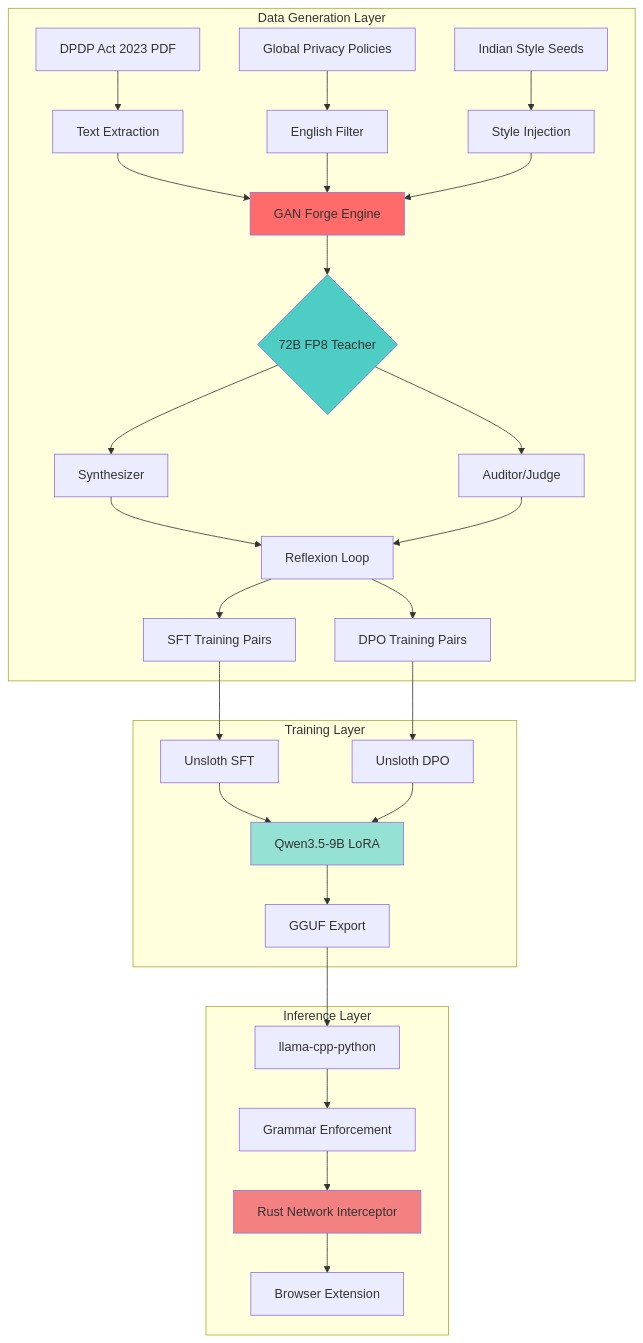
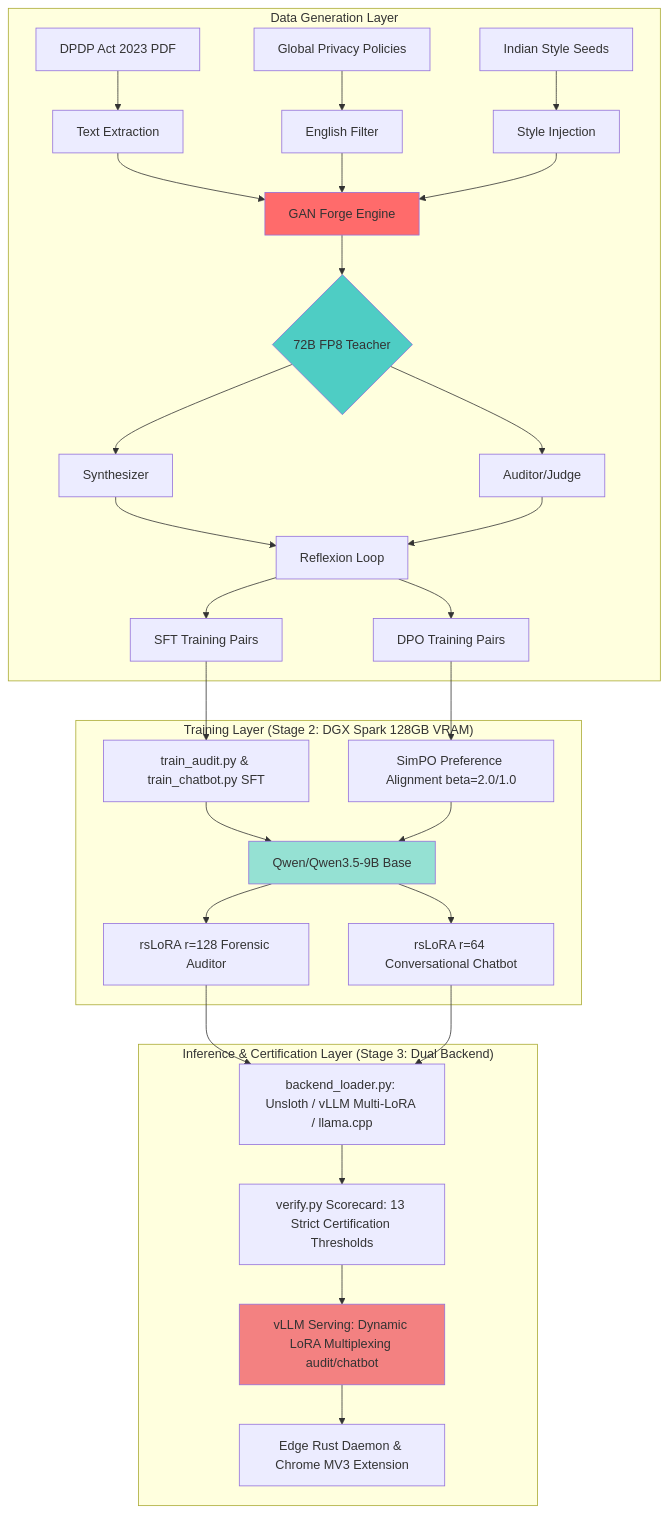
One commit to priyanshu-ogdev/Ssense changed the first of 2 diagrams in docs/ARCHITECTURE.md. Above: the diagram before and after it, drawn with Mermaid. The commit also changed other lines of this file and 13 other files, not shown here.

````diff
--- a/docs/ARCHITECTURE.md
+++ b/docs/ARCHITECTURE.md
@@ -14,38 +14,40 @@
 ```mermaid
 graph TB
     subgraph "Data Generation Layer"
         A[DPDP Act 2023 PDF] --> B[Text Extraction]
         C[Global Privacy Policies] --> D[English Filter]
         E[Indian Style Seeds] --> F[Style Injection]
         B --> G[GAN Forge Engine]
         D --> G
         F --> G
         G --> H{72B FP8 Teacher}
         H --> I[Synthesizer]
         H --> J[Auditor/Judge]
         I --> K[Reflexion Loop]
         J --> K
         K --> L[SFT Training Pairs]
         K --> M[DPO Training Pairs]
     end
     
-    subgraph "Training Layer"
-        L --> N[Unsloth SFT]
-        M --> O[Unsloth DPO]
-        N --> P[Qwen3.5-9B LoRA]
+    subgraph "Training Layer (Stage 2: DGX Spark 128GB VRAM)"
+        L --> N[train_audit.py & train_chatbot.py SFT]
+        M --> O[SimPO Preference Alignment beta=2.0/1.0]
+        N --> P[Qwen/Qwen3.5-9B Base]
         O --> P
-        P --> Q[GGUF Export]
+        P --> Q1[rsLoRA r=128 Forensic Auditor]
+        P --> Q2[rsLoRA r=64 Conversational Chatbot]
     end
     
-    subgraph "Inference Layer"
-        Q --> R[llama-cpp-python]
-        R --> S[Grammar Enforcement]
-        S --> T[Rust Network Interceptor]
-        T --> U[Browser Extension]
+    subgraph "Inference & Certification Layer (Stage 3: Dual Backend)"
+        Q1 --> R[backend_loader.py: Unsloth / vLLM Multi-LoRA / llama.cpp]
+        Q2 --> R
+        R --> S[verify.py Scorecard: 13 Strict Certification Thresholds]
+        S --> T[vLLM Serving: Dynamic LoRA Multiplexing audit/chatbot]
+        T --> U[Edge Rust Daemon & Chrome MV3 Extension]
     end
     
     style G fill:#ff6b6b
     style H fill:#4ecdc4
     style P fill:#95e1d3
     style T fill:#f38181
 ```
````
